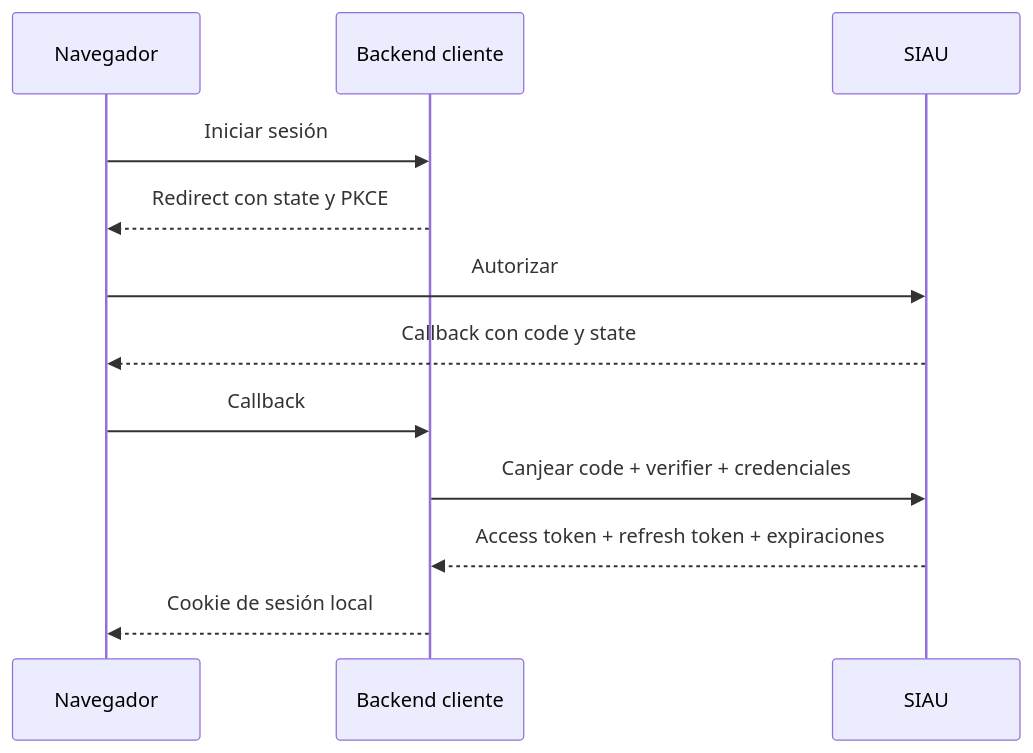
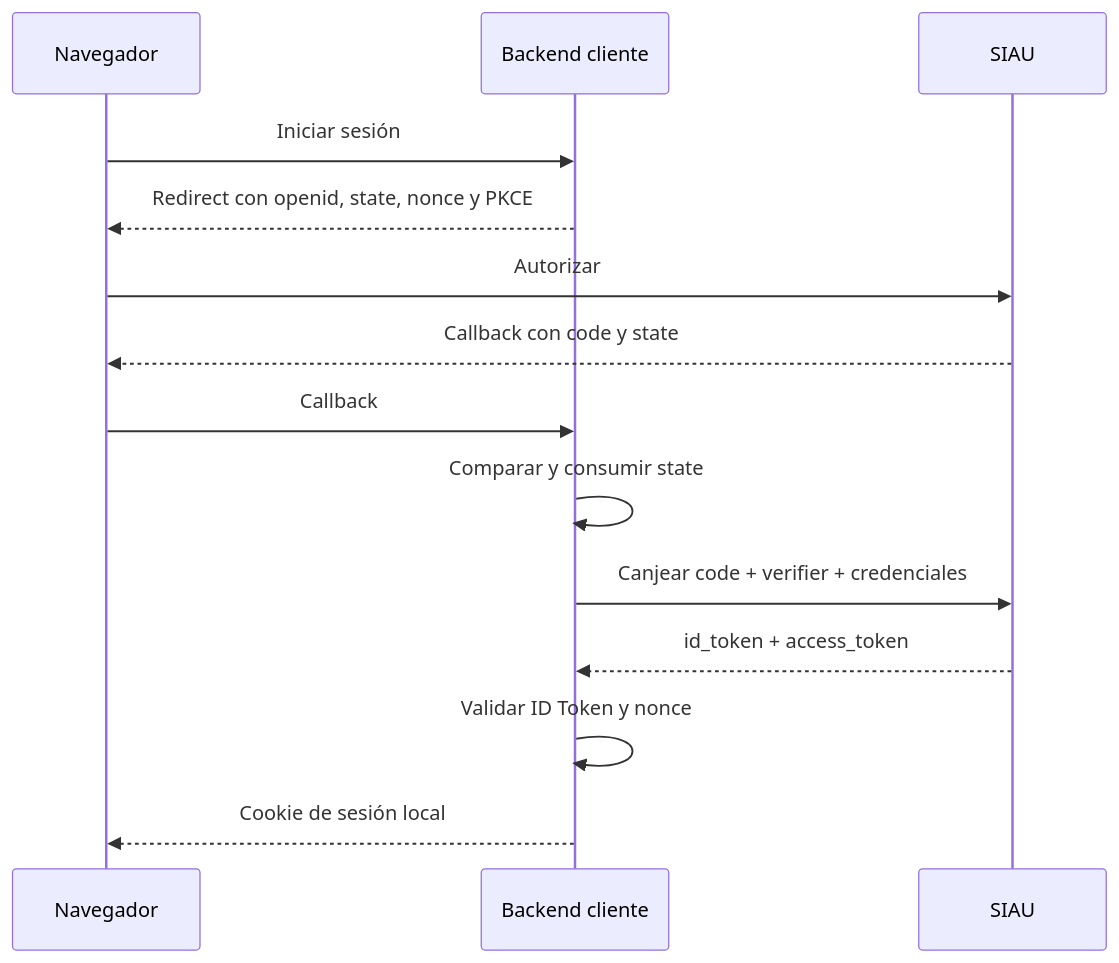
Before and after one commit to joselimbertflores/identity-hub-back: the diagram in docs/architecture/client-integration.md, drawn with Mermaid. The commit also changed other lines of this file and 26 other files, not shown here.

````diff
--- a/docs/architecture/client-integration.md
+++ b/docs/architecture/client-integration.md
@@ -50,14 +44,16 @@
 ```mermaid
 sequenceDiagram
     participant N as Navegador
     participant C as Backend cliente
     participant S as SIAU
     N->>C: Iniciar sesión
-    C-->>N: Redirect con state y PKCE
+    C-->>N: Redirect con openid, state, nonce y PKCE
     N->>S: Autorizar
     S-->>N: Callback con code y state
     N->>C: Callback
+    C->>C: Comparar y consumir state
     C->>S: Canjear code + verifier + credenciales
-    S-->>C: Access token + refresh token + expiraciones
+    S-->>C: id_token + access_token
+    C->>C: Validar ID Token y nonce
     C-->>N: Cookie de sesión local
 ```
````
